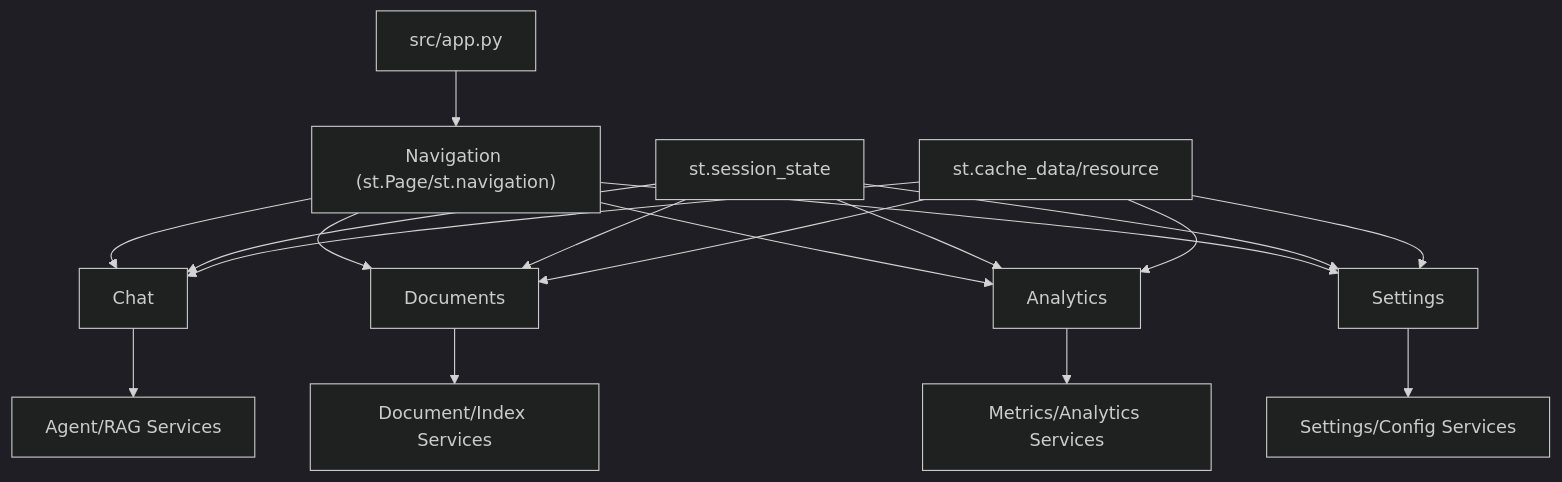
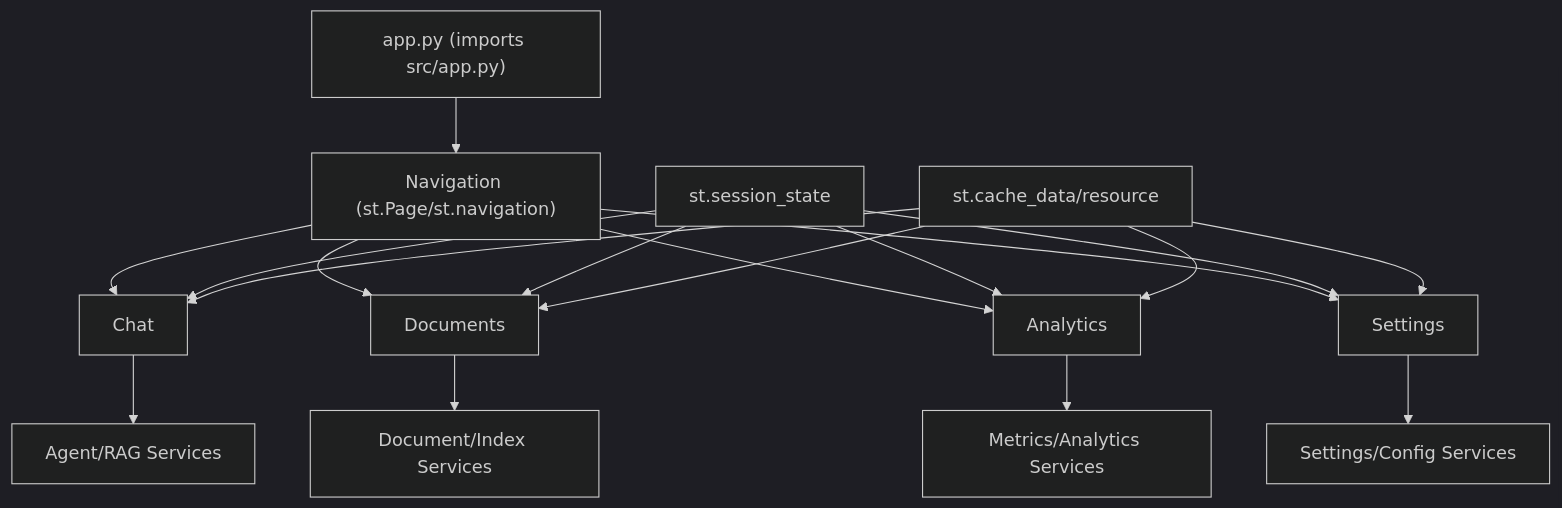
Before and after one commit to BjornMelin/docmind-ai-llm: the diagram in docs/developers/adrs/ADR-013-user-interface-architecture.md, drawn with Mermaid (dark theme). The commit also changed other lines of this file and 21 other files, not shown here.

````diff
--- a/docs/developers/adrs/ADR-013-user-interface-architecture.md
+++ b/docs/developers/adrs/ADR-013-user-interface-architecture.md
@@ -63,20 +63,20 @@
 ```mermaid
 graph TD
-  A["src/app.py"] --> B["Navigation (st.Page/st.navigation)"]
+  A["app.py (imports src/app.py)"] --> B["Navigation (st.Page/st.navigation)"]
   B --> C["Chat"]
   B --> D["Documents"]
   B --> E["Analytics"]
   B --> F["Settings"]
   C --> G["Agent/RAG Services"]
   D --> H["Document/Index Services"]
   E --> I["Metrics/Analytics Services"]
   F --> J["Settings/Config Services"]
   K["st.session_state"] --> C
   K --> D
   K --> E
   K --> F
   L["st.cache_data/resource"] --> C
   L --> D
   L --> E
   L --> F
 ```
````
